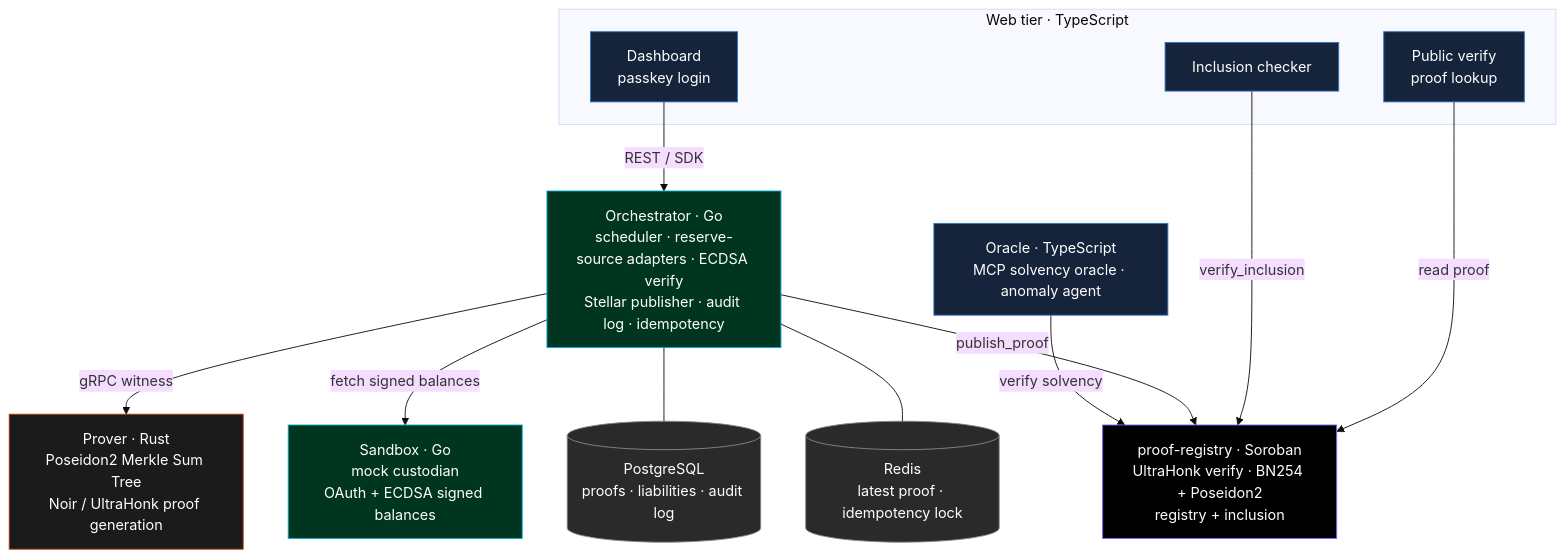
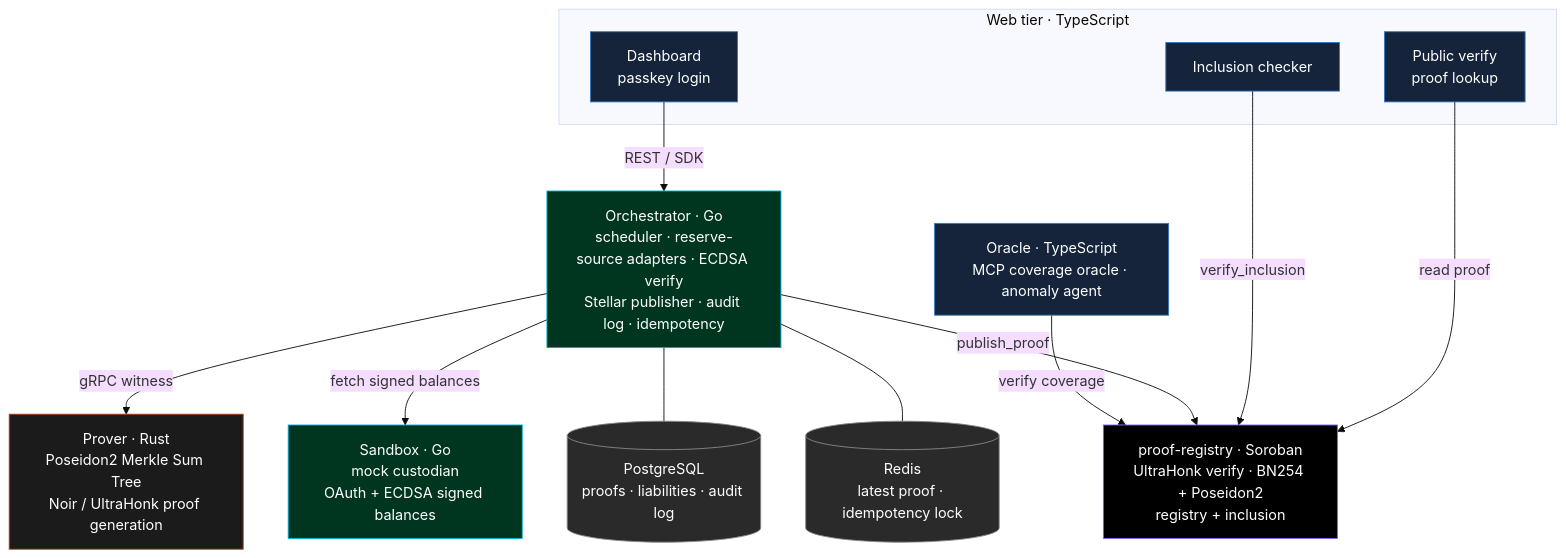
One commit to jes-labs/solva changed the diagram in README.md. Above: the diagram before and after it, drawn with Mermaid (base theme). The commit also changed other lines of this file and 1 other file, not shown here.

````diff
--- a/README.md
+++ b/README.md
@@ -39,41 +52,41 @@
 ```mermaid
 flowchart TB
     subgraph WEB["Web tier · TypeScript"]
         DASH["Dashboard<br/>passkey login"]
         PUB["Public verify<br/>proof lookup"]
         INC["Inclusion checker"]
     end
 
     ORCH["Orchestrator · Go<br/>scheduler · reserve-source adapters · ECDSA verify<br/>Stellar publisher · audit log · idempotency"]
 
     PROVER["Prover · Rust<br/>Poseidon2 Merkle Sum Tree<br/>Noir / UltraHonk proof generation"]
     SANDBOX["Sandbox · Go<br/>mock custodian<br/>OAuth + ECDSA signed balances"]
     CONTRACT["proof-registry · Soroban<br/>UltraHonk verify · BN254 + Poseidon2<br/>registry + inclusion"]
-    ORACLE["Oracle · TypeScript<br/>MCP solvency oracle · anomaly agent"]
+    ORACLE["Oracle · TypeScript<br/>MCP coverage oracle · anomaly agent"]
 
     PG[("PostgreSQL<br/>proofs · liabilities · audit log")]
     REDIS[("Redis<br/>latest proof · idempotency lock")]
 
     DASH -->|REST / SDK| ORCH
     PUB -->|read proof| CONTRACT
     INC -->|verify_inclusion| CONTRACT
 
     ORCH -->|gRPC witness| PROVER
     ORCH -->|fetch signed balances| SANDBOX
     ORCH -->|publish_proof| CONTRACT
     ORCH --- PG
     ORCH --- REDIS
-    ORACLE -->|verify solvency| CONTRACT
+    ORACLE -->|verify coverage| CONTRACT
 
     classDef rust fill:#1b1b1b,stroke:#b7410e,color:#fff;
     classDef go fill:#00351f,stroke:#00ADD8,color:#fff;
     classDef ts fill:#15243b,stroke:#3178C6,color:#fff;
     classDef chain fill:#000,stroke:#7b61ff,color:#fff;
     classDef data fill:#2a2a2a,stroke:#888,color:#fff;
 
     class PROVER rust;
     class ORCH,SANDBOX go;
     class DASH,PUB,INC,ORACLE ts;
     class CONTRACT chain;
     class PG,REDIS data;
 ```
````
